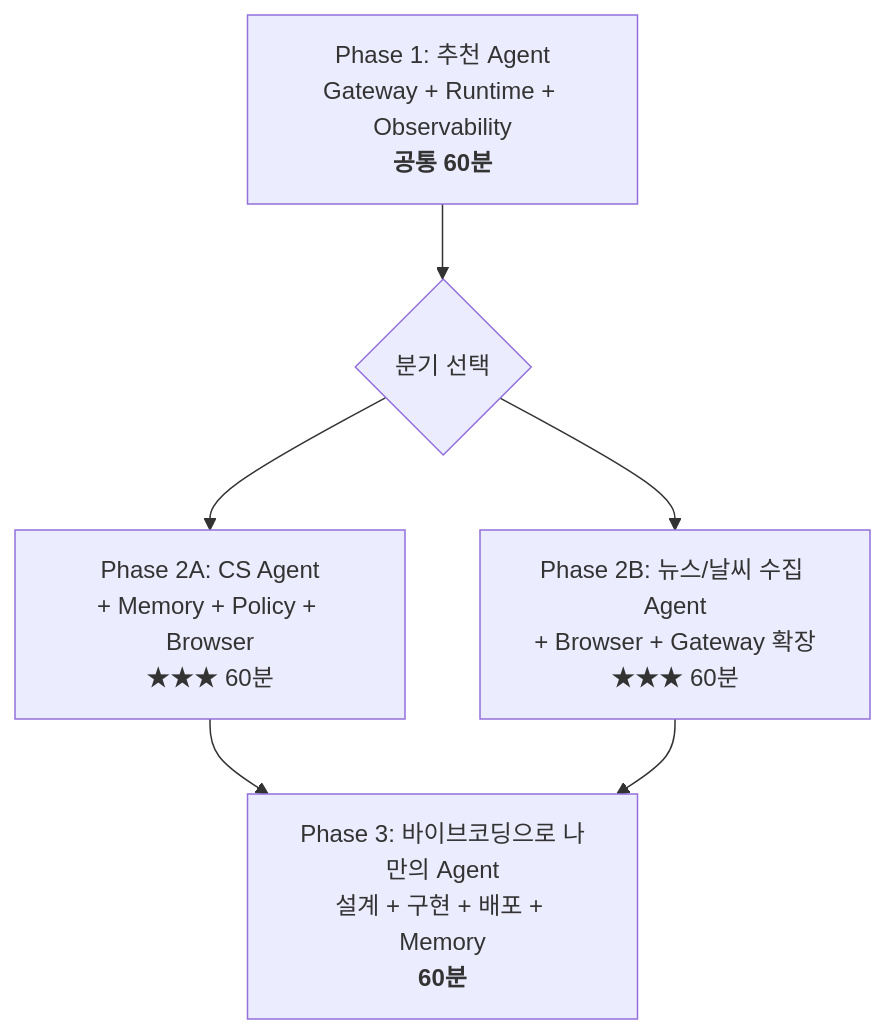
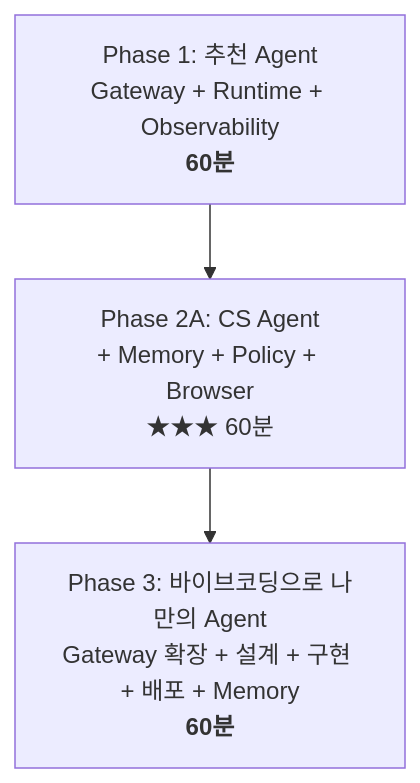
Before and after one commit to kjhyuok/rcg-agentcore-workshop-guide: the diagram in docs/index.md, drawn with Mermaid. The commit also changed other lines of this file and 20 other files, not shown here.

````diff
--- a/docs/index.md
+++ b/docs/index.md
@@ -72,8 +69,5 @@
 ```mermaid
 graph TD
-    A["Phase 1: 추천 Agent<br/>Gateway + Runtime + Observability<br/><b>공통 60분</b>"] --> B{분기 선택}
-    B --> C["Phase 2A: CS Agent<br/>+ Memory + Policy + Browser<br/>★★★ 60분"]
-    B --> D["Phase 2B: 뉴스/날씨 수집 Agent<br/>+ Browser + Gateway 확장<br/>★★★ 60분"]
-    C --> E["Phase 3: 바이브코딩으로 나만의 Agent<br/>설계 + 구현 + 배포 + Memory<br/><b>60분</b>"]
-    D --> E
+    A["Phase 1: 추천 Agent<br/>Gateway + Runtime + Observability<br/><b>60분</b>"] --> C["Phase 2A: CS Agent<br/>+ Memory + Policy + Browser<br/>★★★ 60분"]
+    C --> E["Phase 3: 바이브코딩으로 나만의 Agent<br/>Gateway 확장 + 설계 + 구현 + 배포 + Memory<br/><b>60분</b>"]
 ```
````
